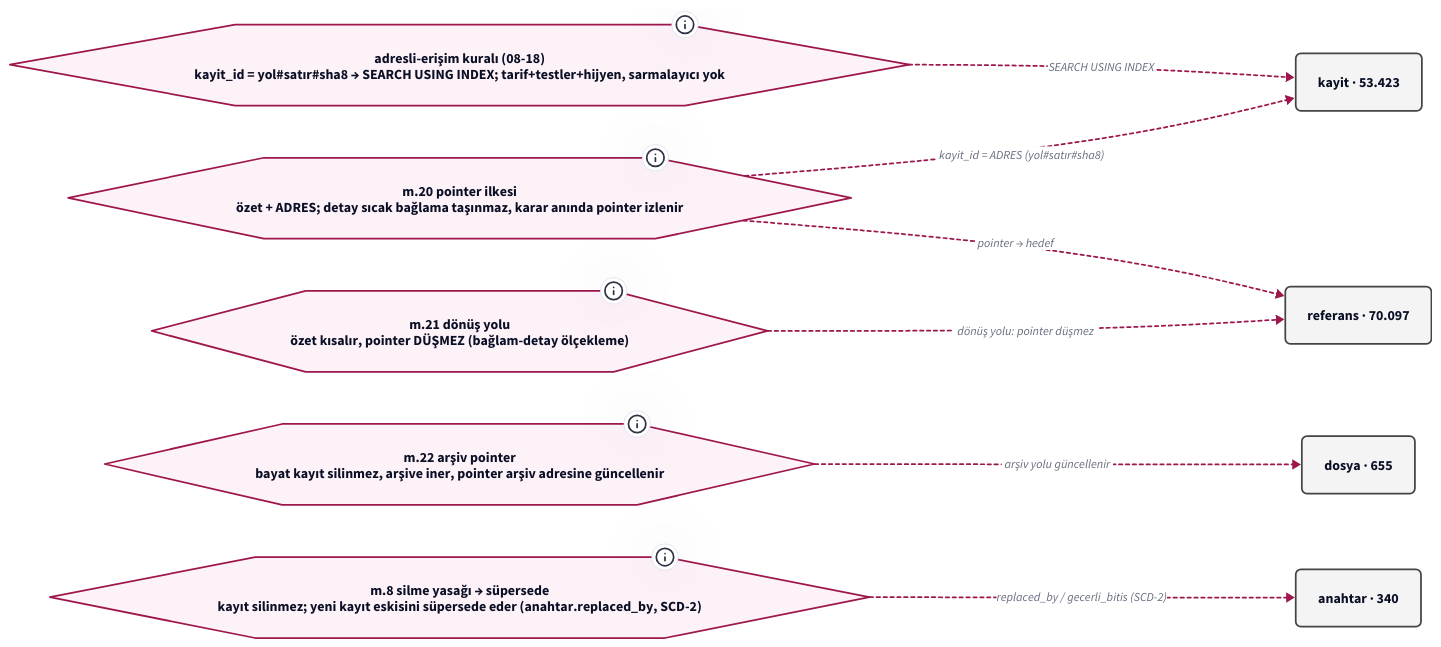
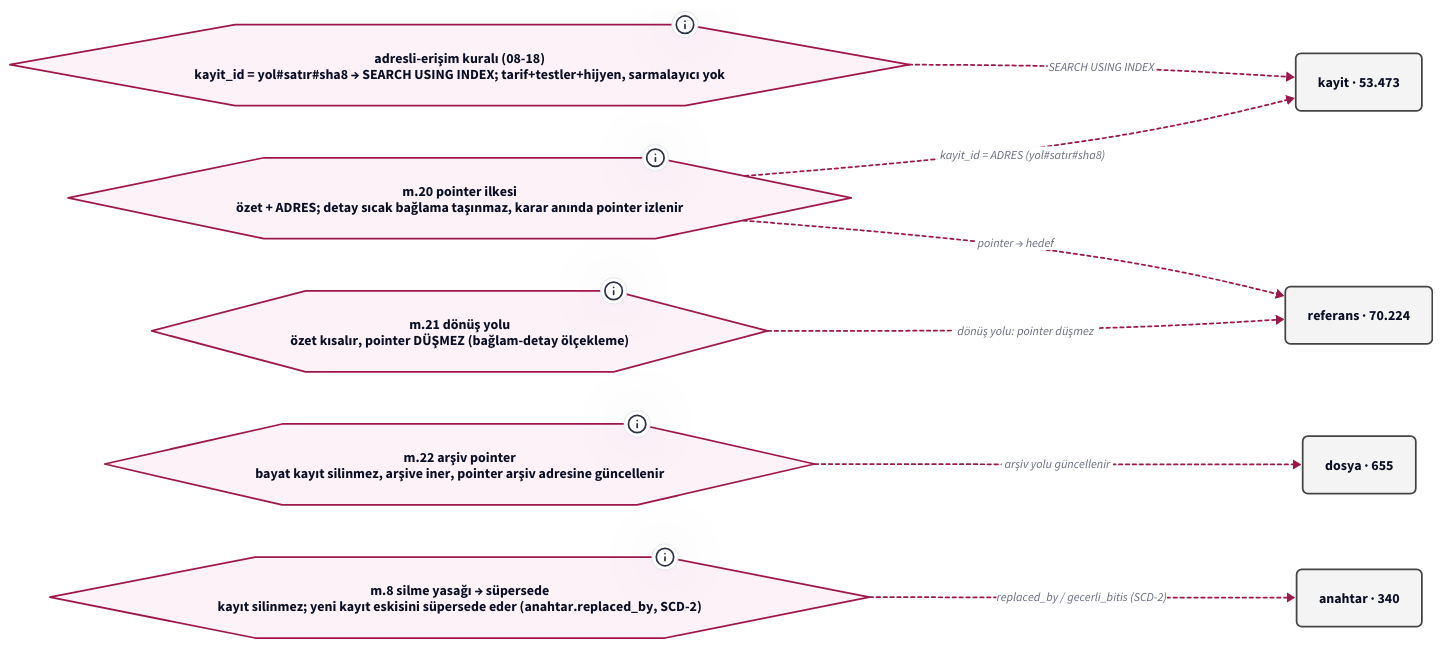
Before and after one commit to salihsahinin/sistem: the diagram in graf/pointer-sistemi-v0-ilke.d2, drawn with D2. The commit also changed 48 other files, not shown here.

First line of the commit message:
[icra] IB-52 closed (KB-68 a, Decision 69 EK): kayit gains additive cekim_tarihi/kaynak_tarihi, D3 stale-queue drain step N=3 with tools/bayat-cekim.py

```diff
--- a/graf/pointer-sistemi-v0-ilke.d2
+++ b/graf/pointer-sistemi-v0-ilke.d2
@@ -1,33 +1,33 @@
 # Jarvis POINTER SİSTEMİ — POINTER İLKESİ → MEKANİZMA (pano 3/4) (türetilmiş görünüm; ham kaynak silver/bronz)
-# üretici: tools/pointer-graf.py · silver 6267183 · HEAD 6267183 · d2 v0.8.1-HEAD · render: d2 --layout=elk (ELK bundled; TALA girmez; determinizm yerel sha256 ile ölçülür — Karar 65)
+# üretici: tools/pointer-graf.py · silver 3f39b2e · HEAD 3f39b2e · d2 v0.8.1-HEAD · render: d2 --layout=elk (ELK bundled; TALA girmez; determinizm yerel sha256 ile ölçülür — Karar 65)
 # içerik katmanı: düğüm/kenar = silver'dan script türetimi (LLM yazmaz); ilke/kronoloji = kanon SABİTİ (pointer'lı, script içinde); yorum katmanı = bu # satırları
 direction: right
 classes: {
   kutu: { style: { fill: "#F4F4F4"; stroke: "#444444"; font-size: 16; border-radius: 6 } }
   pointer: { style: { fill: "#E8F0FE"; stroke: "#1A56DB"; border-radius: 6 } }
   anahtar: { style: { fill: "#FFF4E5"; stroke: "#B45309"; border-radius: 6 } }
   hat: { style: { fill: "#ECFDF5"; stroke: "#047857"; bold: true; border-radius: 6 } }
   ilke: { shape: hexagon; style: { fill: "#FDF2F8"; stroke: "#9D174D" } }
   kron: { shape: page; style: { fill: "#FFFFFF"; stroke: "#6B7280" } }
   dis: { shape: cloud; style: { fill: "#FAFAFA"; stroke: "#9CA3AF" } }
   kirik: { style: { stroke: "#DC2626"; stroke-dash: 3; font-size: 14 } }
   supersede: { style: { stroke: "#B45309"; stroke-dash: 5 } }
   fk: { style: { stroke: "#444444"; font-size: 14 } }
   turetir: { style: { stroke: "#047857"; stroke-width: 3 } }
   uygular: { style: { stroke: "#9D174D"; stroke-dash: 2; font-size: 14 } }
 }
 adres: "adresli-erişim kuralı (08-18)\nkayit_id = yol#satır#sha8 → SEARCH USING INDEX; tarif+testler+hijyen, sarmalayıcı yok" { class: ilke; tooltip: "KILAVUZ.md tasarım-ilkeleri · kuyruk/senaryo-defteri.md Karar 62" }
 m20: "m.20 pointer ilkesi\nözet + ADRES; detay sıcak bağlama taşınmaz, karar anında pointer izlenir" { class: ilke; tooltip: "core/tuzuk-v0.md m.20 · wiki/pointer-sistemi.md" }
 m21: "m.21 dönüş yolu\nözet kısalır, pointer DÜŞMEZ (bağlam-detay ölçekleme)" { class: ilke; tooltip: "core/tuzuk-v0.md m.21" }
 m22: "m.22 arşiv pointer\nbayat kayıt silinmez, arşive iner, pointer arşiv adresine güncellenir" { class: ilke; tooltip: "core/tuzuk-v0.md m.22" }
 m8: "m.8 silme yasağı → süpersede\nkayıt silinmez; yeni kayıt eskisini süpersede eder (anahtar.replaced_by, SCD-2)" { class: ilke; tooltip: "core/tuzuk-v0.md m.8 · core/baglam-anahtar-kaydi.md §3" }
-kayit: "kayit · 53.423" { class: kutu }
-referans: "referans · 70.097" { class: kutu }
+kayit: "kayit · 53.473" { class: kutu }
+referans: "referans · 70.224" { class: kutu }
 dosya: "dosya · 655" { class: kutu }
 anahtar: "anahtar · 340" { class: kutu }
 adres -> kayit: "SEARCH USING INDEX" { class: uygular }
 m20 -> kayit: "kayit_id = ADRES (yol#satır#sha8)" { class: uygular }
 m20 -> referans: "pointer → hedef" { class: uygular }
 m21 -> referans: "dönüş yolu: pointer düşmez" { class: uygular }
 m22 -> dosya: "arşiv yolu güncellenir" { class: uygular }
 m8 -> anahtar: "replaced_by / gecerli_bitis (SCD-2)" { class: uygular }
```
